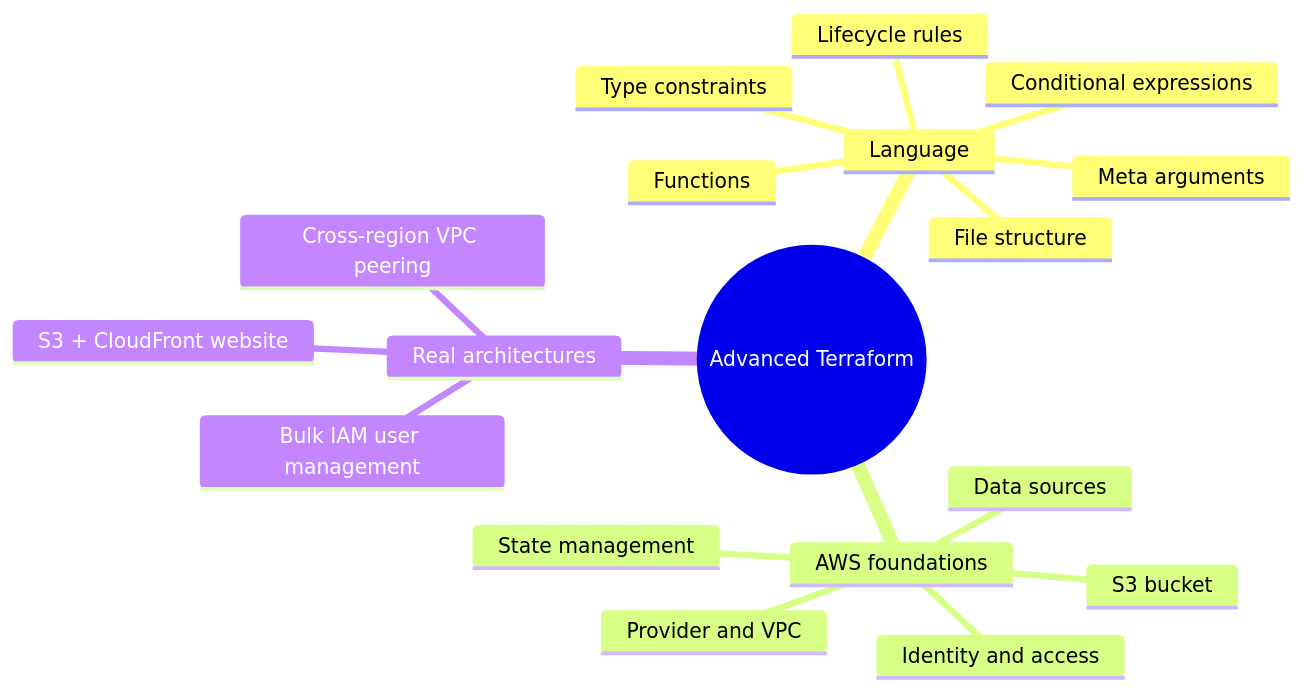
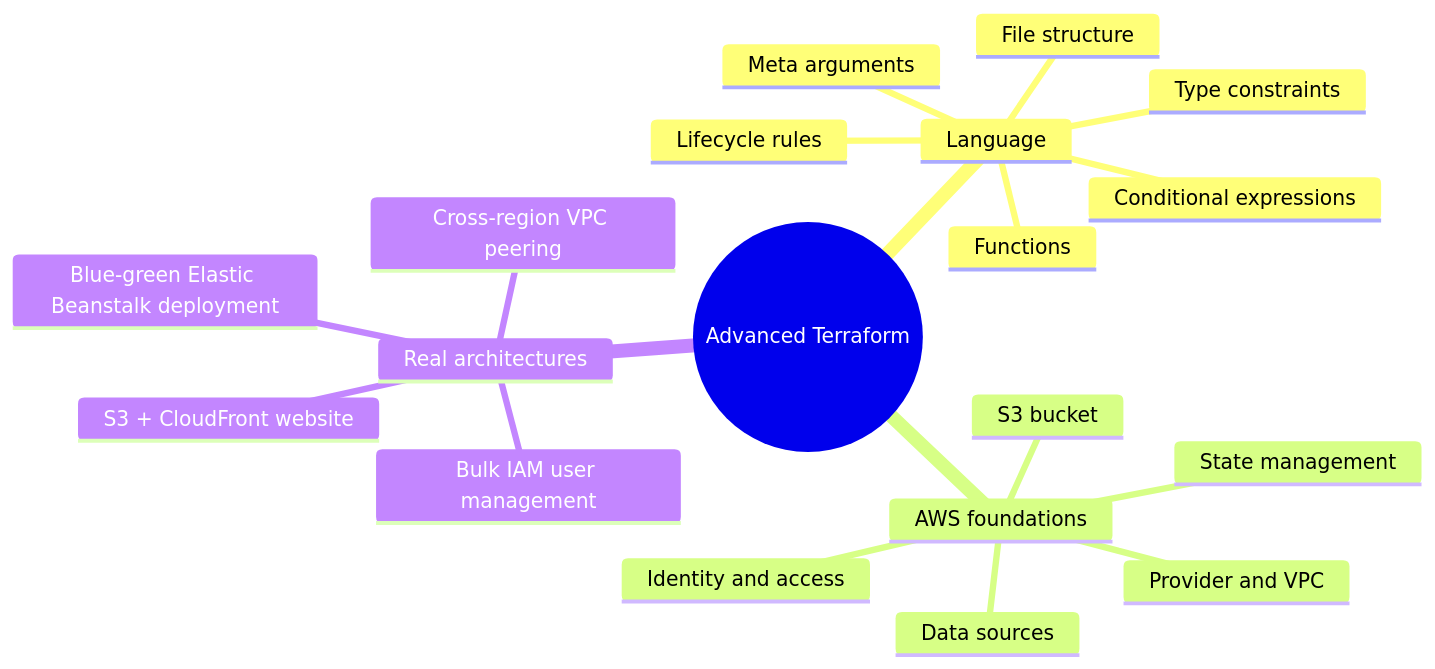
Before and after one commit to Shashwatyarr/Advanced-Terraform: the first of 2 diagrams in README.md, drawn with Mermaid. The commit also changed other lines of this file, not shown here.

Commit message:
Blue-Green Deployment using Elastic Beanstalk

````diff
--- a/README.md
+++ b/README.md
@@ -7,22 +7,23 @@
 ```mermaid
 mindmap
   root((Advanced Terraform))
     Language
       Conditional expressions
       Functions
       Type constraints
       Meta arguments
       Lifecycle rules
       File structure
     AWS foundations
       Provider and VPC
       S3 bucket
       Data sources
       State management
       Identity and access
         
     Real architectures
       S3 + CloudFront website
       Cross-region VPC peering
       Bulk IAM user management
+      Blue-green Elastic Beanstalk deployment
 ```
````
